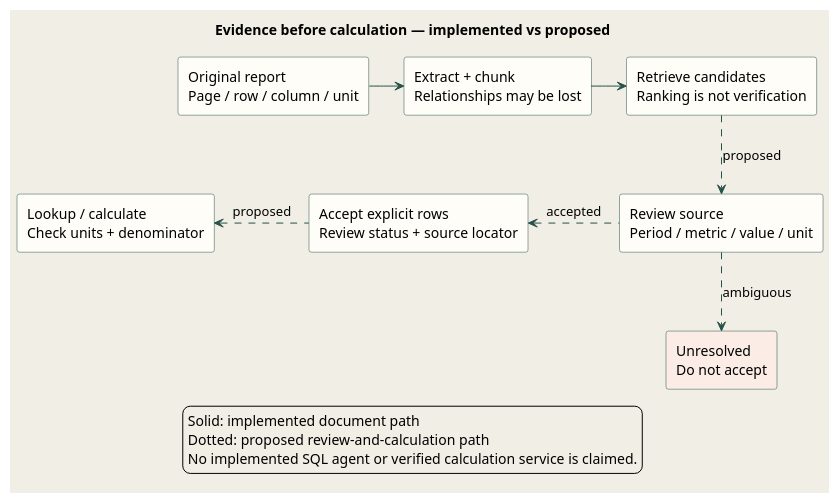
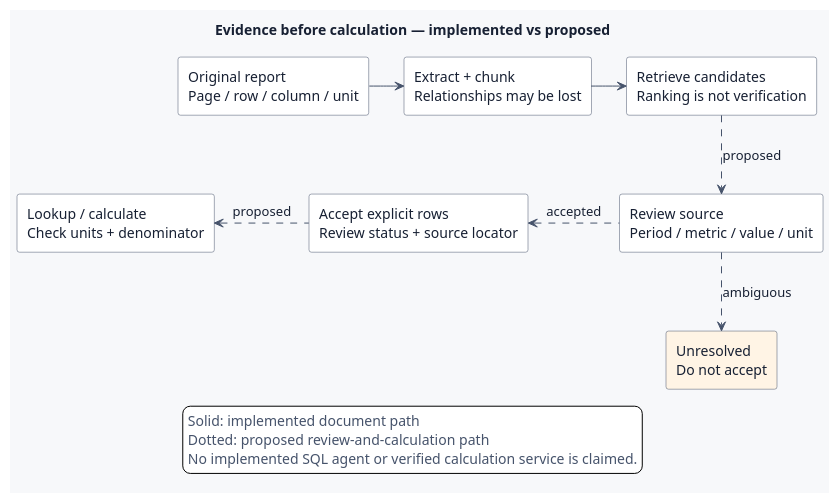
The diagram in figures/04-evidence-to-calculation.puml (1235357/1235357.github.io), drawn with PlantUML before and after one commit. The commit also changed 37 other files, not shown here.

```diff
--- a/figures/04-evidence-to-calculation.puml
+++ b/figures/04-evidence-to-calculation.puml
@@ -1,27 +1,35 @@
 @startuml
 title Evidence before calculation — implemented vs proposed
-skinparam backgroundColor #F1EEE5
-skinparam defaultFontName Georgia
+skinparam backgroundColor #F7F8FA
+skinparam defaultFontName "Segoe UI"
 skinparam shadowing false
-skinparam rectangleBackgroundColor #FFFDF7
-skinparam rectangleBorderColor #245148
-skinparam ArrowColor #245148
+skinparam defaultFontColor #172033
+skinparam titleFontColor #172033
+skinparam noteBackgroundColor #FFFFFF
+skinparam noteBorderColor #D8DFEB
+skinparam noteFontColor #46536B
+skinparam packageFontColor #172033
+skinparam legendBackgroundColor #FFFFFF
+skinparam legendFontColor #46536B
+skinparam rectangleBackgroundColor #FFFFFF
+skinparam rectangleBorderColor #46536B
+skinparam ArrowColor #46536B
 rectangle "Original report\nPage / row / column / unit" as report
 rectangle "Extract + chunk\nRelationships may be lost" as extraction
 rectangle "Retrieve candidates\nRanking is not verification" as retrieval
 rectangle "Review source\nPeriod / metric / value / unit" as review
 rectangle "Accept explicit rows\nReview status + source locator" as accepted
 rectangle "Lookup / calculate\nCheck units + denominator" as calculate
-rectangle "Unresolved\nDo not accept" as hold #FBEDE5
+rectangle "Unresolved\nDo not accept" as hold #FFF4E5
 report -right-> extraction
 extraction -right-> retrieval
 retrieval .down.> review : proposed
 review .left.> accepted : accepted
 accepted .left.> calculate : proposed
 review .down.> hold : ambiguous
 legend bottom
 Solid: implemented document path
 Dotted: proposed review-and-calculation path
 No implemented SQL agent or verified calculation service is claimed.
 endlegend
 @enduml
```
